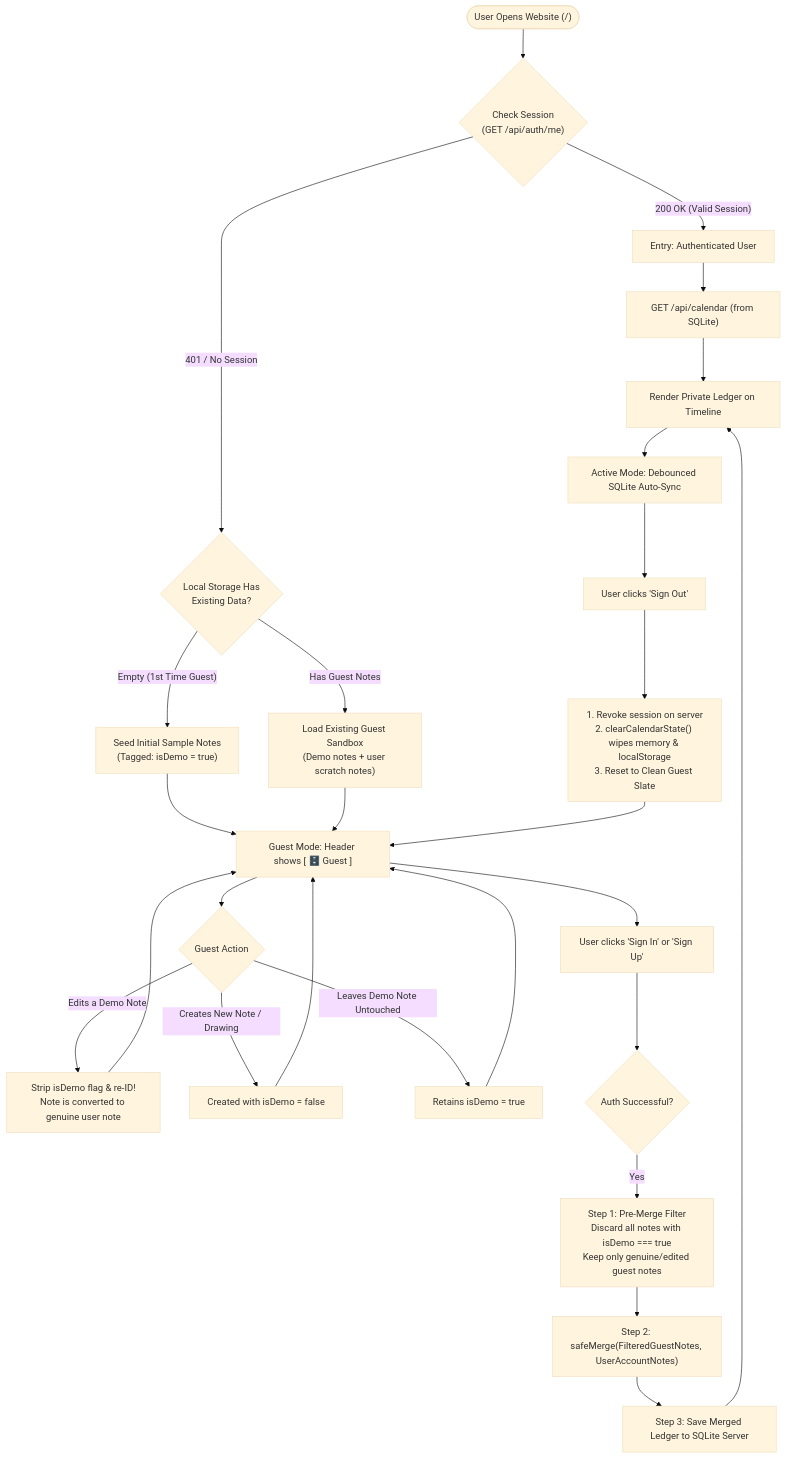
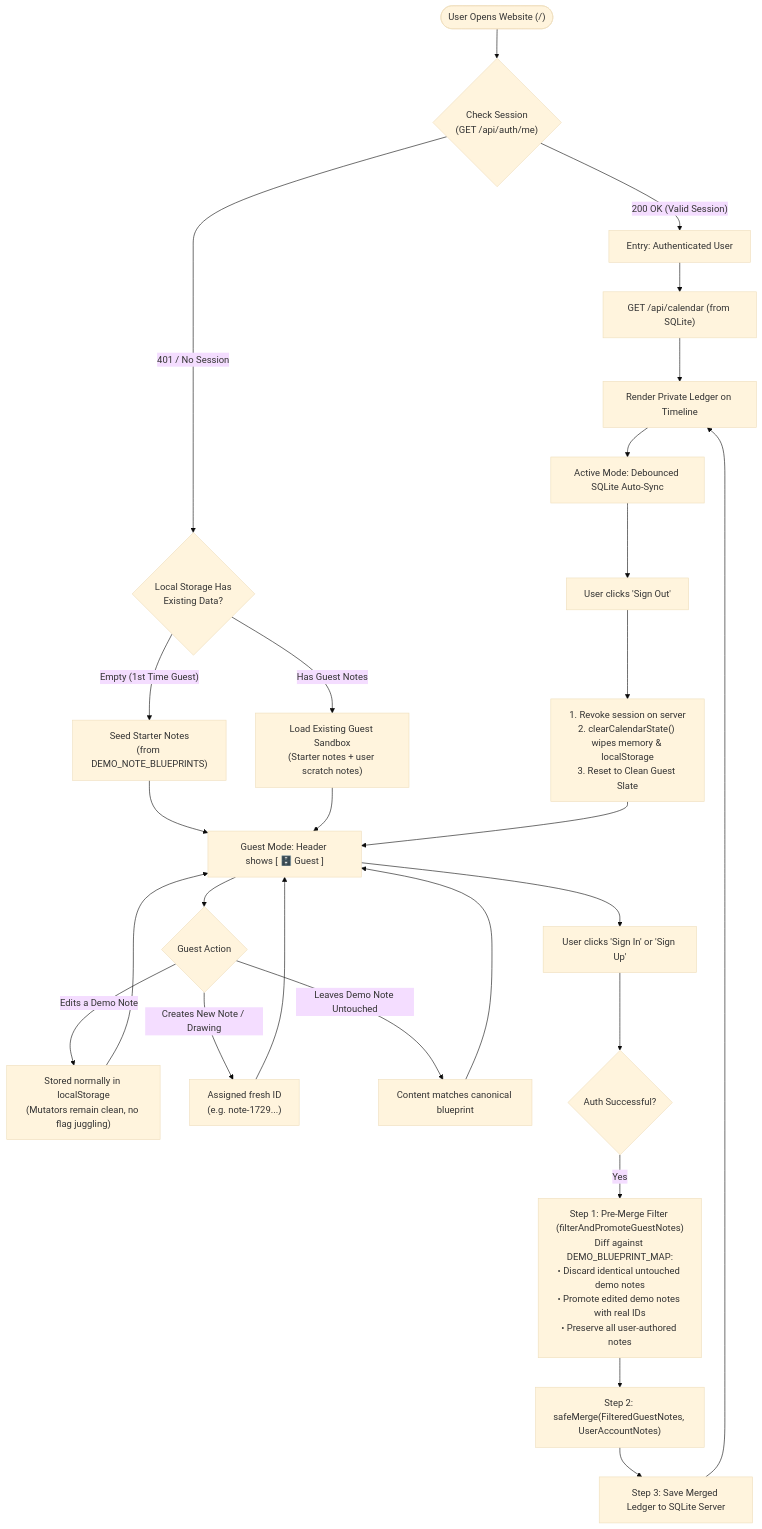
The first of 2 diagrams in docs/AUTH_AND_SESSIONS.md (ericmok/chronoledger), drawn with Mermaid (base theme) before and after one commit. The commit also changed other lines of this file, not shown here.

Commit message:
docs(auth): update session flowchart and protocol to reflect single-source-of-truth demoNotes architecture

````diff
--- a/docs/AUTH_AND_SESSIONS.md
+++ b/docs/AUTH_AND_SESSIONS.md
@@ -23,42 +23,42 @@
 ```mermaid
 flowchart TD
     Start(["User Opens Website (/)"]) --> CheckSession{"Check Session<br>(GET /api/auth/me)"}
 
     %% Branch 1: Logged In
     CheckSession -- "200 OK (Valid Session)" --> LoggedInEntry["Entry: Authenticated User"]
     LoggedInEntry --> FetchRemote["GET /api/calendar (from SQLite)"]
     FetchRemote --> RenderUserNotes["Render Private Ledger on Timeline"]
     RenderUserNotes --> LiveSync["Active Mode: Debounced SQLite Auto-Sync"]
 
     %% Branch 2: Not Logged In
     CheckSession -- "401 / No Session" --> CheckLocal{"Local Storage Has<br>Existing Data?"}
     
-    CheckLocal -- "Empty (1st Time Guest)" --> SeedDemo["Seed Initial Sample Notes<br>(Tagged: isDemo = true)"]
-    CheckLocal -- "Has Guest Notes" --> LoadGuest["Load Existing Guest Sandbox<br>(Demo notes + user scratch notes)"]
+    CheckLocal -- "Empty (1st Time Guest)" --> SeedDemo["Seed Starter Notes<br>(from DEMO_NOTE_BLUEPRINTS)"]
+    CheckLocal -- "Has Guest Notes" --> LoadGuest["Load Existing Guest Sandbox<br>(Starter notes + user scratch notes)"]
     
     SeedDemo --> GuestCanvas["Guest Mode: Header shows [ 🗄️ Guest ]"]
     LoadGuest --> GuestCanvas
     
     GuestCanvas --> GuestEdits{"Guest Action"}
-    GuestEdits -- "Edits a Demo Note" --> StripDemo["Strip isDemo flag & re-ID!<br>Note is converted to genuine user note"]
-    GuestEdits -- "Creates New Note / Drawing" --> NewUserItem["Created with isDemo = false"]
-    GuestEdits -- "Leaves Demo Note Untouched" --> KeepDemo["Retains isDemo = true"]
+    GuestEdits -- "Edits a Demo Note" --> EditNote["Stored normally in localStorage<br>(Mutators remain clean, no flag juggling)"]
+    GuestEdits -- "Creates New Note / Drawing" --> NewUserItem["Assigned fresh ID<br>(e.g. note-1729...)"]
+    GuestEdits -- "Leaves Demo Note Untouched" --> UntouchedNote["Content matches canonical blueprint"]
 
-    StripDemo --> GuestCanvas
+    EditNote --> GuestCanvas
     NewUserItem --> GuestCanvas
-    KeepDemo --> GuestCanvas
+    UntouchedNote --> GuestCanvas
 
     %% Transition: Guest Decides to Log In
     GuestCanvas --> TriggerLogin["User clicks 'Sign In' or 'Sign Up'"]
     TriggerLogin --> AuthSuccess{"Auth Successful?"}
     
-    AuthSuccess -- "Yes" --> FilterLocal["Step 1: Pre-Merge Filter<br>Discard all notes with isDemo === true<br>Keep only genuine/edited guest notes"]
+    AuthSuccess -- "Yes" --> FilterLocal["Step 1: Pre-Merge Filter (filterAndPromoteGuestNotes)<br>Diff against DEMO_BLUEPRINT_MAP:<br>• Discard identical untouched demo notes<br>• Promote edited demo notes with real IDs<br>• Preserve all user-authored notes"]
     FilterLocal --> SafeMerge["Step 2: safeMerge(FilteredGuestNotes, UserAccountNotes)"]
     SafeMerge --> PushServer["Step 3: Save Merged Ledger to SQLite Server"]
     PushServer --> RenderUserNotes
 
     %% Transition: User Logs Out
     LiveSync --> TriggerLogout["User clicks 'Sign Out'"]
     TriggerLogout --> LogoutActions["1. Revoke session on server<br>2. clearCalendarState() wipes memory & localStorage<br>3. Reset to Clean Guest Slate"]
     LogoutActions --> GuestCanvas
 ```
````
